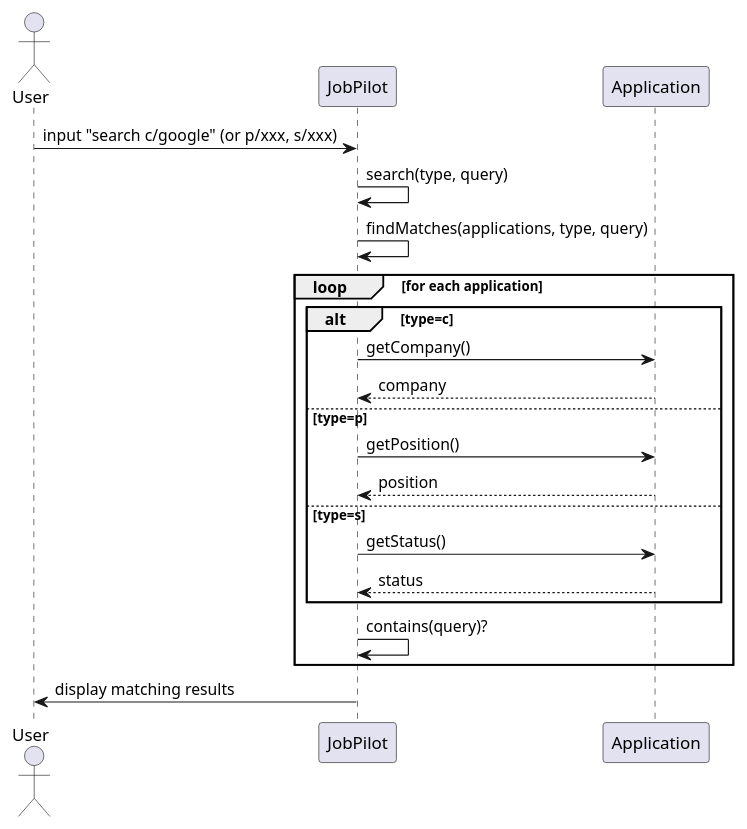
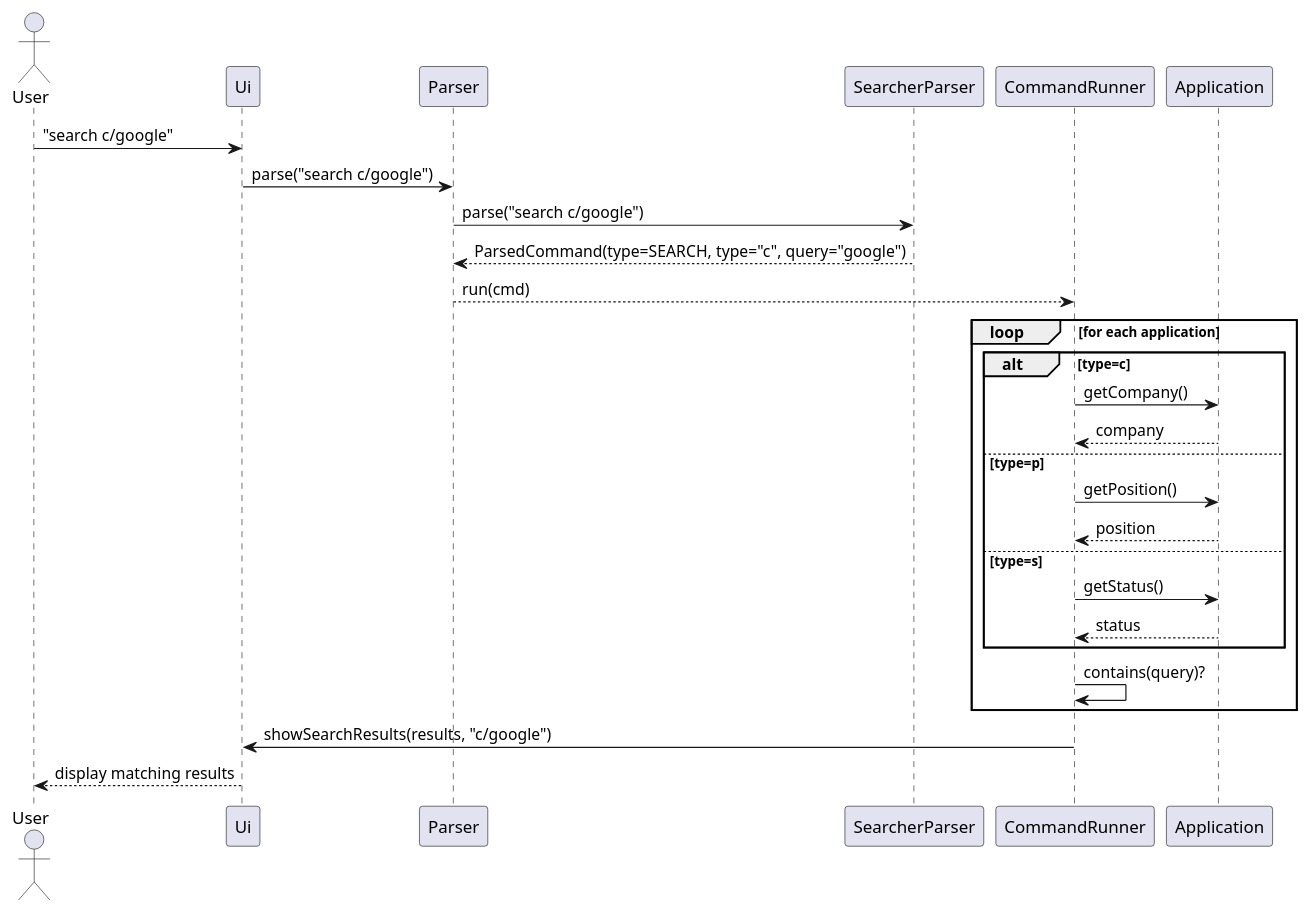
One commit to AY2526S2-CS2113-W13-3/tp changed the diagram in docs/diagrams/search/search_main.puml. Above: the diagram before and after it, drawn with PlantUML. The commit also changed 6 other files, not shown here.

First line of the commit message:
docs: align DG search docs and UML with current parser/runner flow

```diff
--- a/docs/diagrams/search/search_main.puml
+++ b/docs/diagrams/search/search_main.puml
@@ -1,21 +1,29 @@
 @startuml
 actor User
-participant JobPilot
-User -> JobPilot : input "search c/google" (or p/xxx, s/xxx)
-JobPilot -> JobPilot : search(type, query)
-JobPilot -> JobPilot : findMatches(applications, type, query)
+participant Ui
+participant Parser
+participant SearcherParser
+participant CommandRunner
+participant Application
+
+User -> Ui : "search c/google"
+Ui -> Parser : parse("search c/google")
+Parser -> SearcherParser : parse("search c/google")
+SearcherParser --> Parser : ParsedCommand(type=SEARCH, type="c", query="google")
+Parser --> CommandRunner : run(cmd)
 loop for each application
     alt type=c
-        JobPilot -> Application : getCompany()
-        Application --> JobPilot : company
+        CommandRunner -> Application : getCompany()
+        Application --> CommandRunner : company
     else type=p
-        JobPilot -> Application : getPosition()
-        Application --> JobPilot : position
+        CommandRunner -> Application : getPosition()
+        Application --> CommandRunner : position
     else type=s
-        JobPilot -> Application : getStatus()
-        Application --> JobPilot : status
+        CommandRunner -> Application : getStatus()
+        Application --> CommandRunner : status
     end
-    JobPilot -> JobPilot : contains(query)?
+    CommandRunner -> CommandRunner : contains(query)?
 end
-JobPilot -> User : display matching results
+CommandRunner -> Ui : showSearchResults(results, "c/google")
+Ui --> User : display matching results
 @enduml
```
